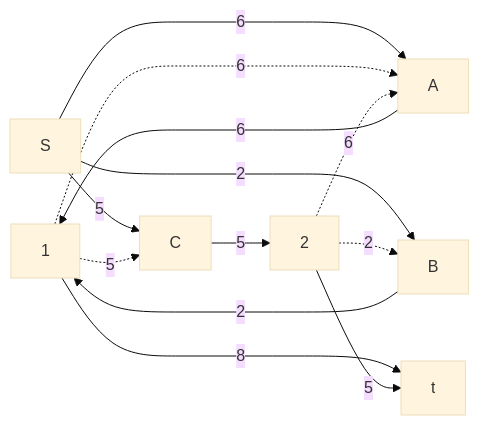
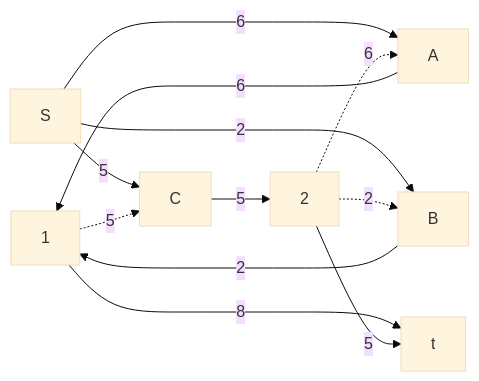
Before and after one commit to hse-algo-24-raven/manual-tasks-raven: the second of 6 diagrams in task-14/pustobek.md, drawn with Mermaid (base theme).

````diff
--- a/task-14/pustobek.md
+++ b/task-14/pustobek.md
@@ -51,15 +51,14 @@
 ```mermaid
 graph LR
    S-->|6|A
    S-->|2|B
    S-->|5|C
    A-->|6|1
-   1-.->|6|A
    2-.->|6|A
    B-->|2|1
    2-.->|2|B
    1-.->|5|C
    C-->|5|2
    1-->|8|t
    2-->|5|t
 ```
````
